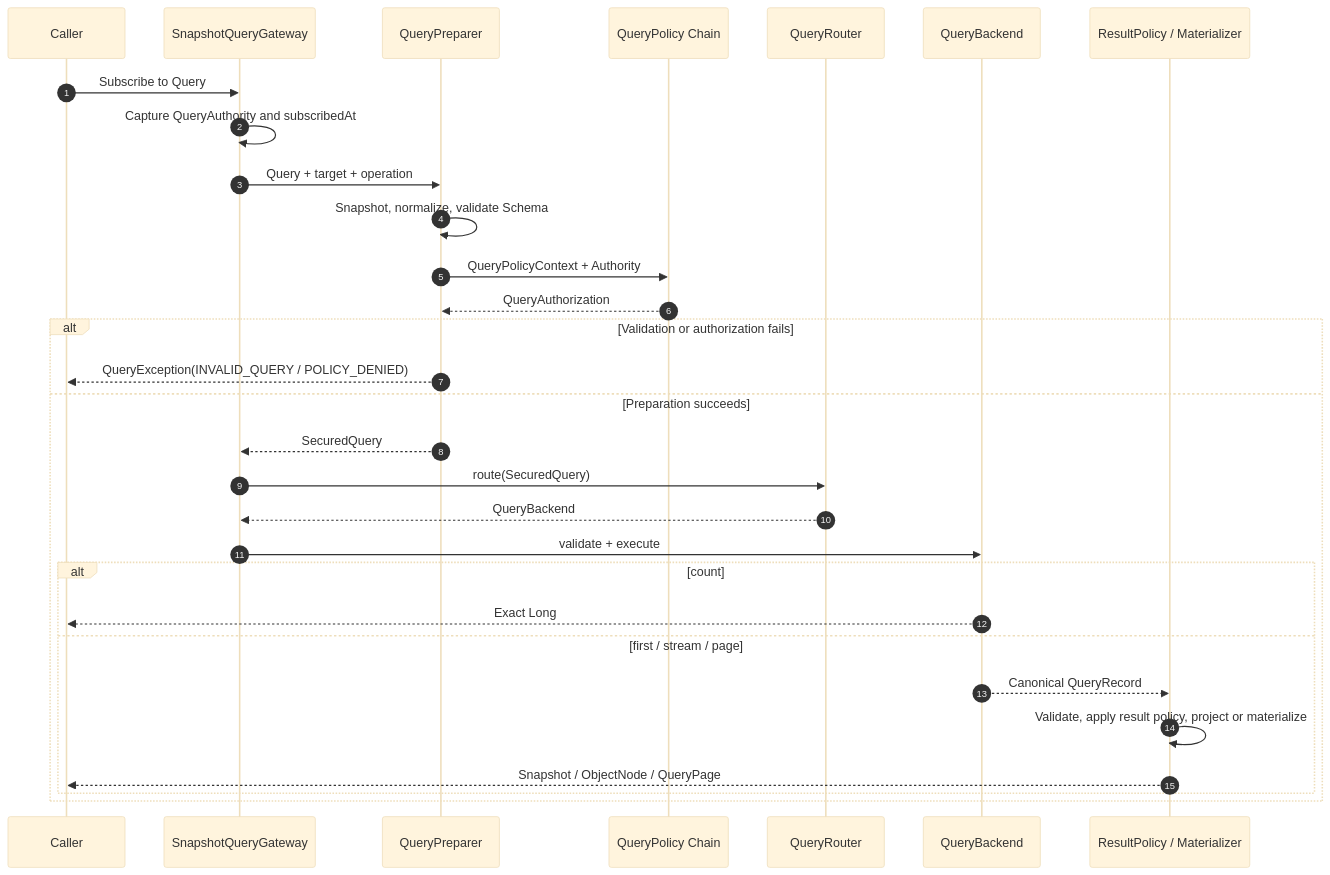
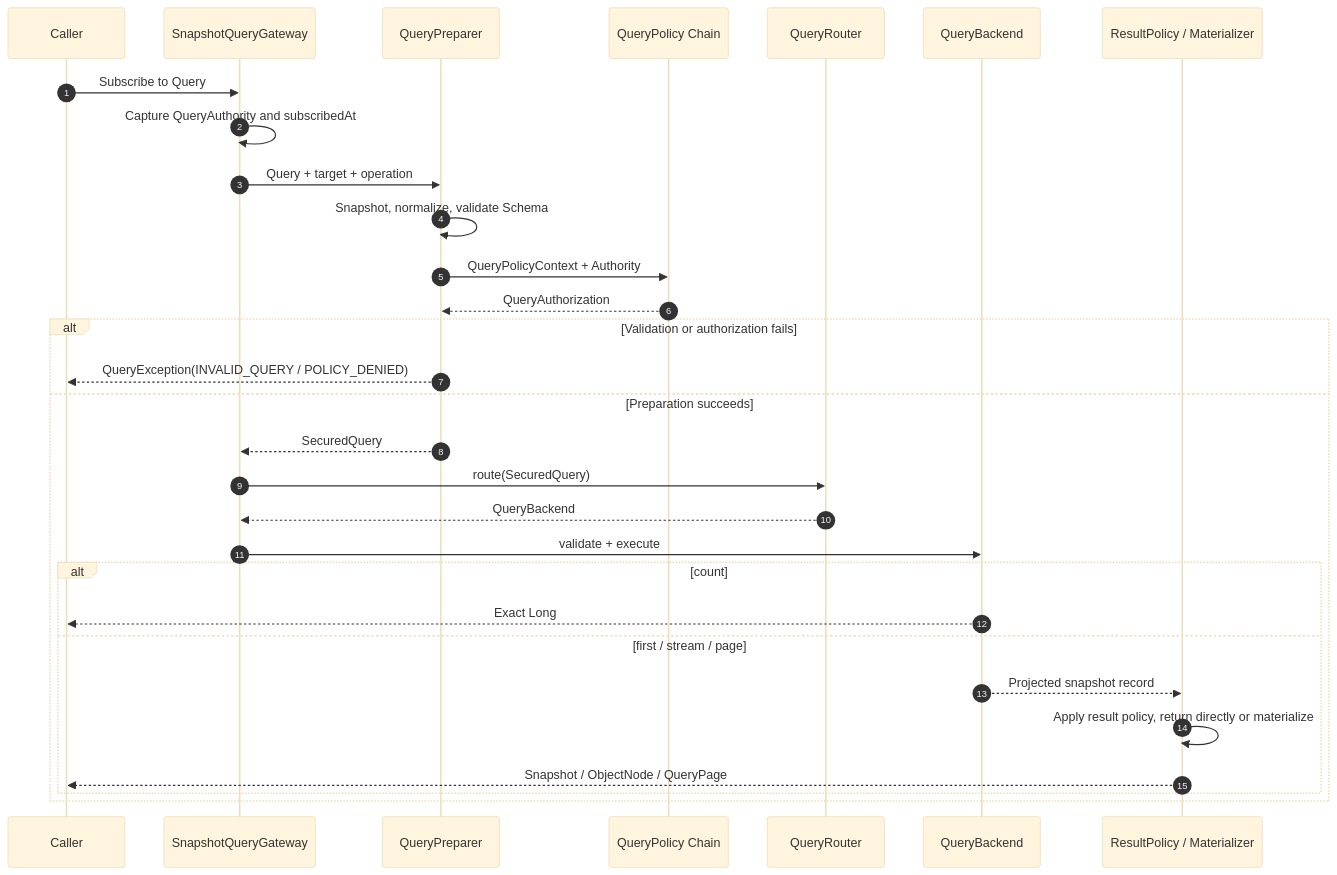
One commit to Ahoo-Wang/Wow changed the second of 2 diagrams in documentation/docs/en/guide/snapshot-query-gateway.md. Above: the diagram before and after it, drawn with Mermaid (base theme). The commit also changed other lines of this file and 18 other files, not shown here.

Commit message:
refactor(query): simplify snapshot query pipeline

````diff
--- a/documentation/docs/en/guide/snapshot-query-gateway.md
+++ b/documentation/docs/en/guide/snapshot-query-gateway.md
@@ -548,33 +547,33 @@
 ```mermaid
 sequenceDiagram
     autonumber
     participant Caller
     participant Gateway as SnapshotQueryGateway
     participant Prepare as QueryPreparer
     participant Policy as QueryPolicy Chain
     participant Router as QueryRouter
     participant Backend as QueryBackend
     participant Result as ResultPolicy / Materializer
 
     Caller->>Gateway: Subscribe to Query
     Gateway->>Gateway: Capture QueryAuthority and subscribedAt
     Gateway->>Prepare: Query + target + operation
     Prepare->>Prepare: Snapshot, normalize, validate Schema
     Prepare->>Policy: QueryPolicyContext + Authority
     Policy-->>Prepare: QueryAuthorization
     alt Validation or authorization fails
         Prepare-->>Caller: QueryException(INVALID_QUERY / POLICY_DENIED)
     else Preparation succeeds
         Prepare-->>Gateway: SecuredQuery
         Gateway->>Router: route(SecuredQuery)
         Router-->>Gateway: QueryBackend
         Gateway->>Backend: validate + execute
         alt count
             Backend-->>Caller: Exact Long
         else first / stream / page
-            Backend-->>Result: Canonical QueryRecord
-            Result->>Result: Validate, apply result policy, project or materialize
+            Backend-->>Result: Projected snapshot record
+            Result->>Result: Apply result policy, return directly or materialize
             Result-->>Caller: Snapshot / ObjectNode / QueryPage
         end
     end
 ```
````
